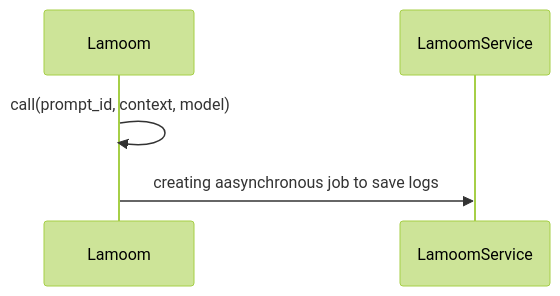
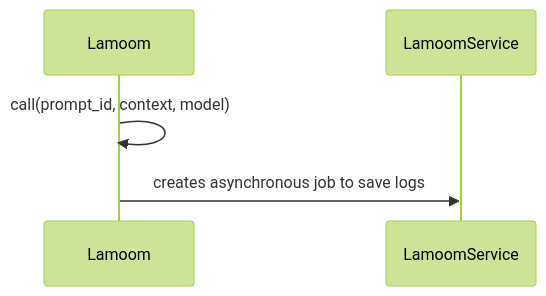
The third of 4 diagrams in README.md (LamoomAI/lamoom-python), drawn with Mermaid (forest theme) before and after one commit. The commit also changed other lines of this file, not shown here.

Commit message:
Updated markdown w. schema, seq test

````diff
--- a/README.md
+++ b/README.md
@@ -72,5 +72,5 @@
 ```mermaid
 sequenceDiagram
     Lamoom->>Lamoom: call(prompt_id, context, model)
-    Lamoom->>LamoomService: creating aasynchronous job to save logs
+    Lamoom->>LamoomService: creates asynchronous job to save logs
 ```
````
